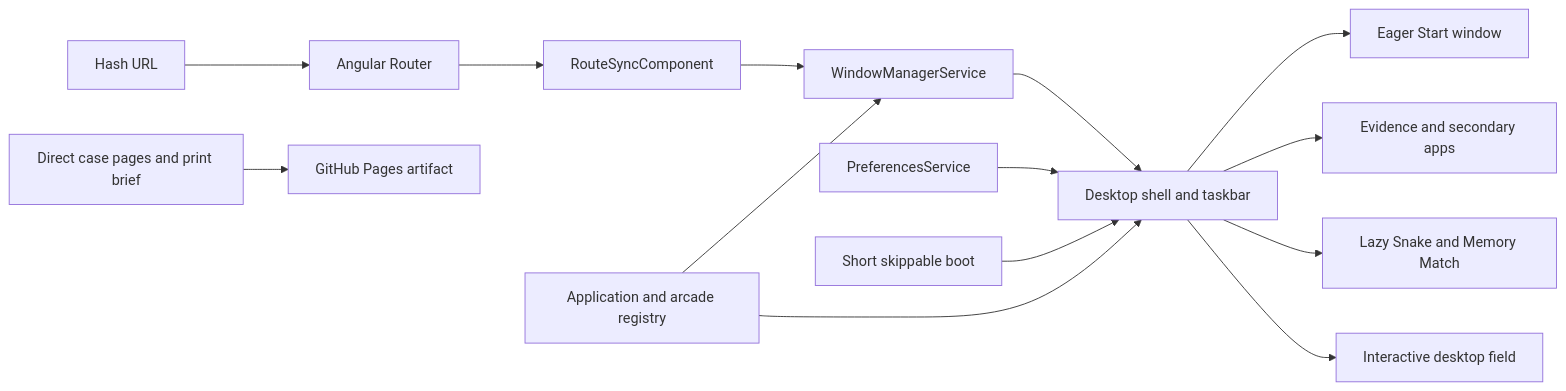
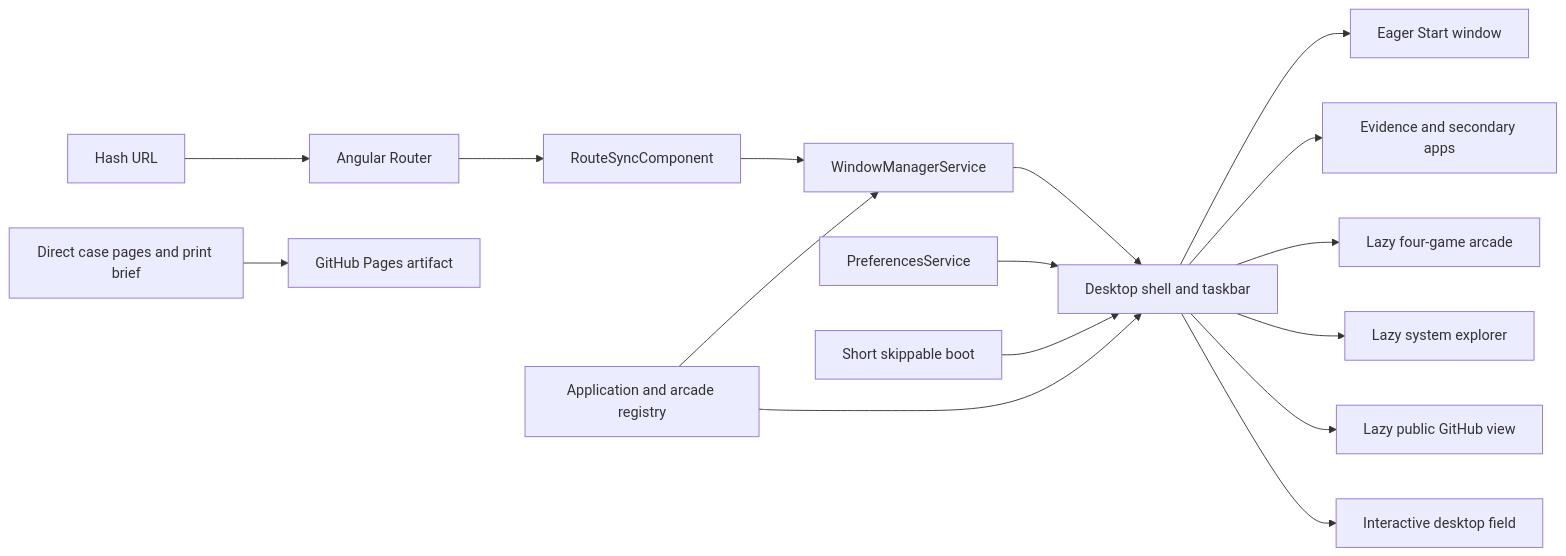
Before and after one commit to connor-patterson/connor-patterson.github.io: the first of 2 diagrams in docs/ARCHITECTURE.md, drawn with Mermaid. The commit also changed other lines of this file and 29 other files, not shown here.

````diff
--- a/docs/ARCHITECTURE.md
+++ b/docs/ARCHITECTURE.md
@@ -19,16 +19,18 @@
 ```mermaid
 flowchart LR
     URL["Hash URL"] --> Router["Angular Router"]
     Router --> RouteSync["RouteSyncComponent"]
     Registry["Application and arcade registry"] --> Windows["WindowManagerService"]
     RouteSync --> Windows
     Windows --> Shell["Desktop shell and taskbar"]
     Registry --> Shell
     Preferences["PreferencesService"] --> Shell
     Boot["Short skippable boot"] --> Shell
     Shell --> Start["Eager Start window"]
     Shell --> Apps["Evidence and secondary apps"]
-    Shell --> Arcade["Lazy Snake and Memory Match"]
+    Shell --> Arcade["Lazy four-game arcade"]
+    Shell --> Systems["Lazy system explorer"]
+    Shell --> GitHub["Lazy public GitHub view"]
     Shell --> Signals["Interactive desktop field"]
     Static["Direct case pages and print brief"] --> Pages["GitHub Pages artifact"]
 ```
````
